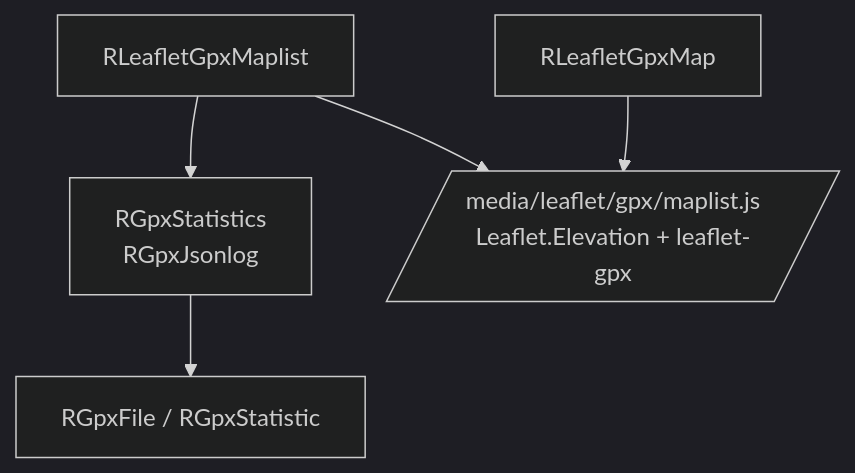
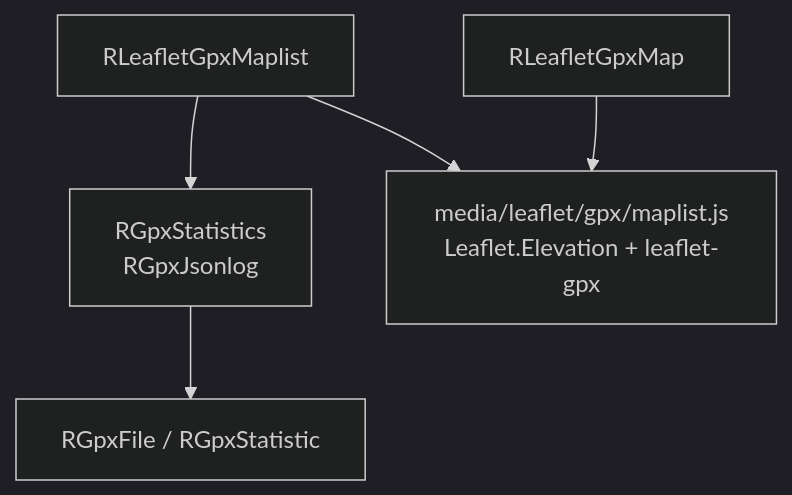
The first of 3 diagrams in leaflet/gpx/HLD.md (pauljrhodes/ramblers-library), drawn with Mermaid (dark theme) before and after one commit. The commit also changed other lines of this file and 33 other files, not shown here.

First line of the commit message:
Normalize Mermaid diagrams for GitHub rendering (#13)

````diff
--- a/leaflet/gpx/HLD.md
+++ b/leaflet/gpx/HLD.md
@@ -58,13 +58,13 @@
 ```mermaid
 flowchart TB
     Map[RLeafletGpxMap]
     Maplist[RLeafletGpxMaplist]
-    Stats[RGpxStatistics<br/>RGpxJsonlog]
-    Parser[RGpxFile / RGpxStatistic]
-    Media[/media/leaflet/gpx/maplist.js<br/>Leaflet.Elevation + leaflet-gpx/]
+    Stats["RGpxStatistics<br/>RGpxJsonlog"]
+    Parser["RGpxFile / RGpxStatistic"]
+    Media["media/leaflet/gpx/maplist.js<br/>Leaflet.Elevation + leaflet-gpx"]
 
     Maplist --> Stats
     Stats --> Parser
     Map --> Media
     Maplist --> Media
 ```
````
